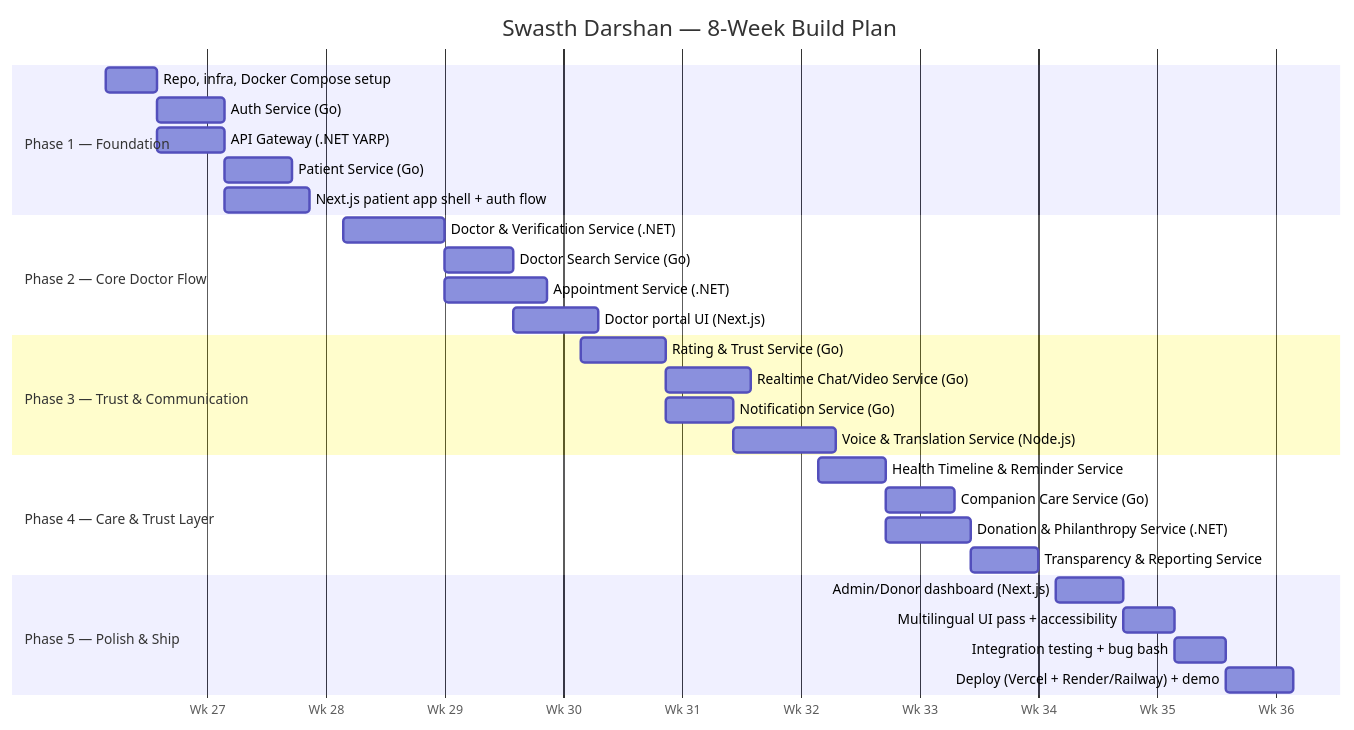
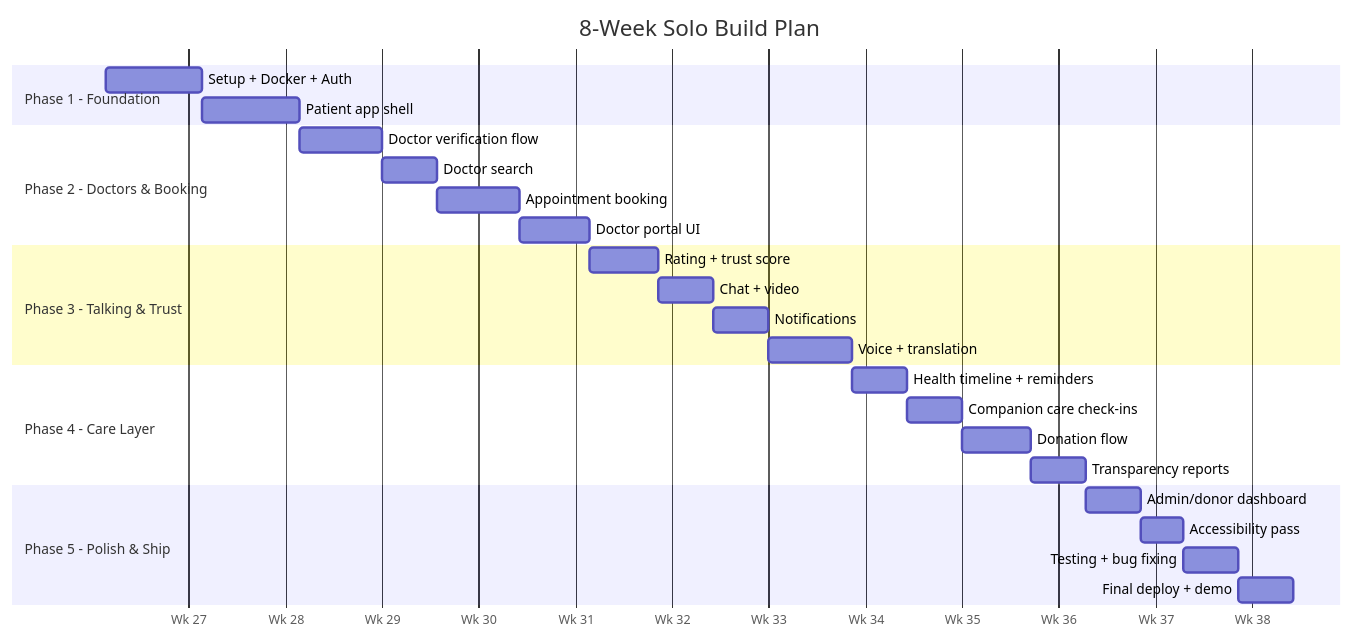
One commit to DevSars24/Swasth-Darshan changed the tenth of 12 diagrams in Vision.md. Above: the diagram before and after it, drawn with Mermaid. The commit also changed other lines of this file, not shown here.

````diff
--- a/Vision.md
+++ b/Vision.md
@@ -402,38 +314,34 @@
 ```mermaid
 gantt
-    title Swasth Darshan — 8-Week Build Plan
+    title 8-Week Solo Build Plan
     dateFormat  YYYY-MM-DD
     axisFormat  Wk %W
-    todayMarker off
 
-    section Phase 1 — Foundation
-    Repo, infra, Docker Compose setup      :p1a, 2026-07-06, 3d
-    Auth Service (Go)                      :p1b, after p1a, 4d
-    API Gateway (.NET YARP)                :p1c, after p1a, 4d
-    Patient Service (Go)                   :p1d, after p1b, 4d
-    Next.js patient app shell + auth flow  :p1e, after p1c, 5d
+    section Phase 1 - Foundation
+    Setup + Docker + Auth        :p1, 2026-07-06, 7d
+    Patient app shell            :p2, after p1, 7d
 
-    section Phase 2 — Core Doctor Flow
-    Doctor & Verification Service (.NET)   :p2a, 2026-07-20, 6d
-    Doctor Search Service (Go)             :p2b, after p2a, 4d
-    Appointment Service (.NET)             :p2c, after p2a, 6d
-    Doctor portal UI (Next.js)             :p2d, after p2b, 5d
+    section Phase 2 - Doctors & Booking
+    Doctor verification flow     :p3, after p2, 6d
+    Doctor search                :p4, after p3, 4d
+    Appointment booking          :p5, after p4, 6d
+    Doctor portal UI             :p6, after p5, 5d
 
-    section Phase 3 — Trust & Communication
-    Rating & Trust Service (Go)            :p3a, 2026-08-03, 5d
-    Realtime Chat/Video Service (Go)       :p3b, after p3a, 5d
-    Notification Service (Go)              :p3c, after p3a, 4d
-    Voice & Translation Service (Node.js)  :p3d, after p3c, 6d
+    section Phase 3 - Talking & Trust
+    Rating + trust score         :p7, after p6, 5d
+    Chat + video                 :p8, after p7, 4d
+    Notifications                :p9, after p8, 4d
+    Voice + translation          :p10, after p9, 6d
 
-    section Phase 4 — Care & Trust Layer
-    Health Timeline & Reminder Service     :p4a, 2026-08-17, 4d
-    Companion Care Service (Go)            :p4b, after p4a, 4d
-    Donation & Philanthropy Service (.NET) :p4c, after p4a, 5d
-    Transparency & Reporting Service       :p4d, after p4c, 4d
+    section Phase 4 - Care Layer
+    Health timeline + reminders  :p11, after p10, 4d
+    Companion care check-ins     :p12, after p11, 4d
+    Donation flow                :p13, after p12, 5d
+    Transparency reports         :p14, after p13, 4d
 
-    section Phase 5 — Polish & Ship
-    Admin/Donor dashboard (Next.js)        :p5a, 2026-08-31, 4d
-    Multilingual UI pass + accessibility   :p5b, after p5a, 3d
-    Integration testing + bug bash         :p5c, after p5b, 3d
-    Deploy (Vercel + Render/Railway) + demo:p5d, after p5c, 4d
+    section Phase 5 - Polish & Ship
+    Admin/donor dashboard        :p15, after p14, 4d
+    Accessibility pass           :p16, after p15, 3d
+    Testing + bug fixing         :p17, after p16, 4d
+    Final deploy + demo          :p18, after p17, 4d
 ```
````
